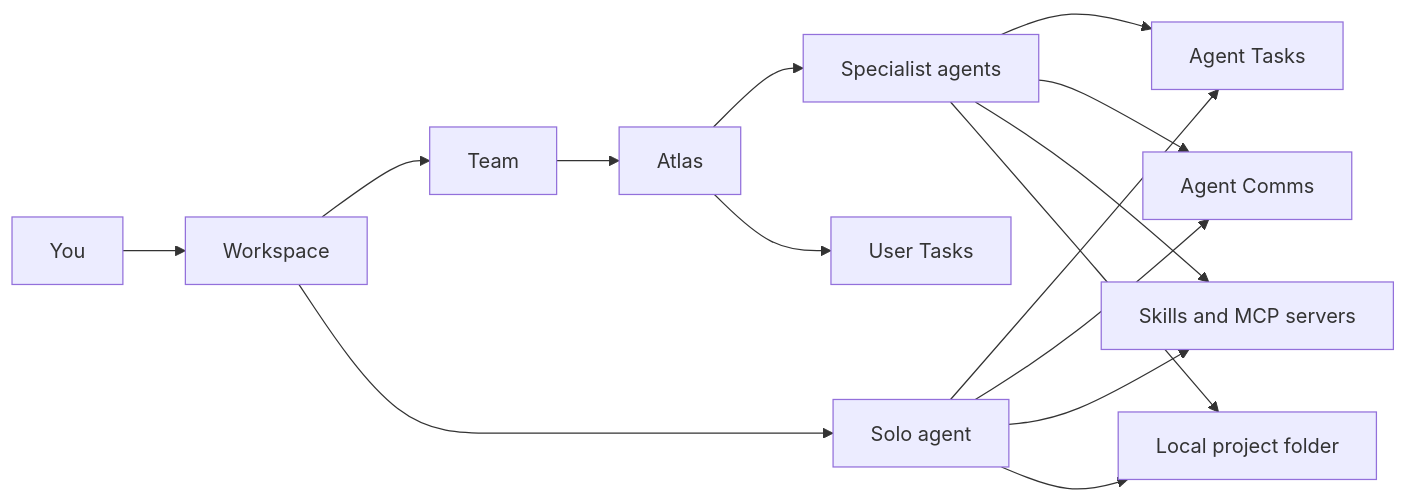
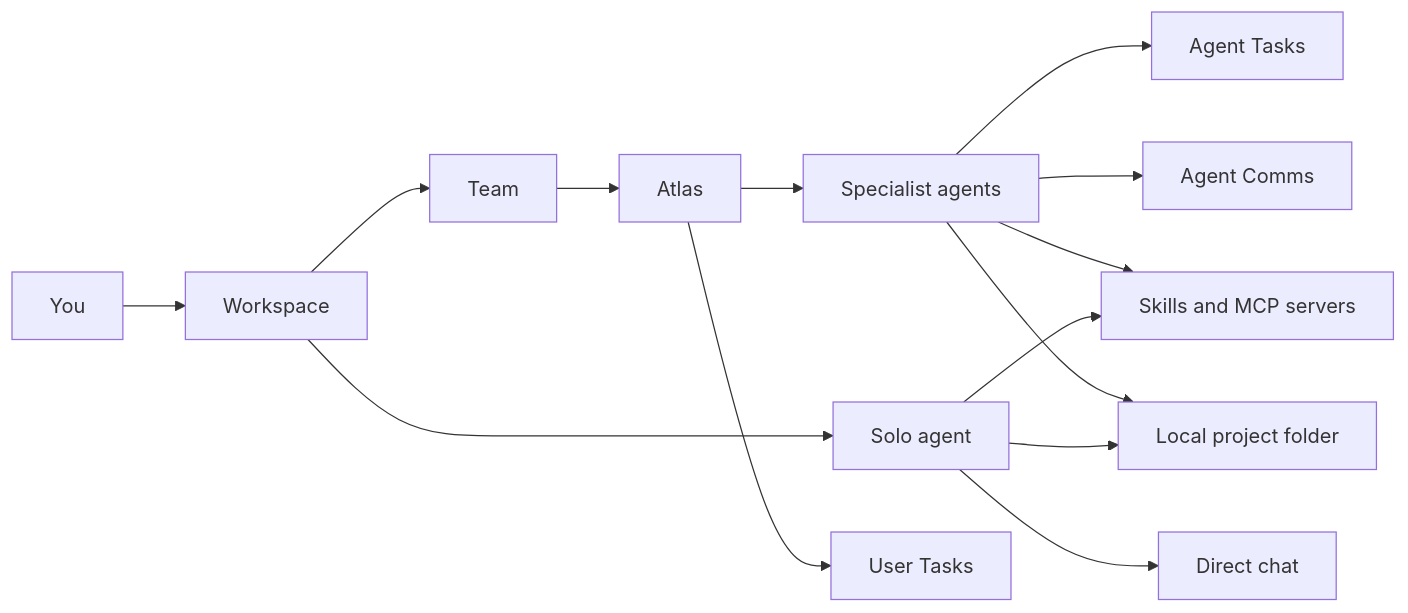
One commit to Syndicate-Labs-Inc/docs changed the diagram in features/overview.mdx. Above: the diagram before and after it, drawn with Mermaid. The commit also changed other lines of this file and 6 other files, not shown here.

Commit message:
docs: verified features section (inbox, overview, tasks, teams, settings, references, workspaces)

````diff
--- a/features/overview.mdx
+++ b/features/overview.mdx
@@ -68,17 +58,16 @@
 ```mermaid
 flowchart LR
   User["You"] --> Workspace["Workspace"]
   Workspace --> Team["Team"]
   Workspace --> Solo["Solo agent"]
   Team --> Manager["Atlas"]
   Manager --> Agents["Specialist agents"]
   Agents --> Tasks["Agent Tasks"]
   Agents --> Inbox["Agent Comms"]
   Manager --> UserTasks["User Tasks"]
   Agents --> Tools["Skills and MCP servers"]
   Agents --> Project["Local project folder"]
-  Solo --> Tasks
-  Solo --> Inbox
+  Solo --> DirectChat["Direct chat"]
   Solo --> Tools
   Solo --> Project
 ```
````
